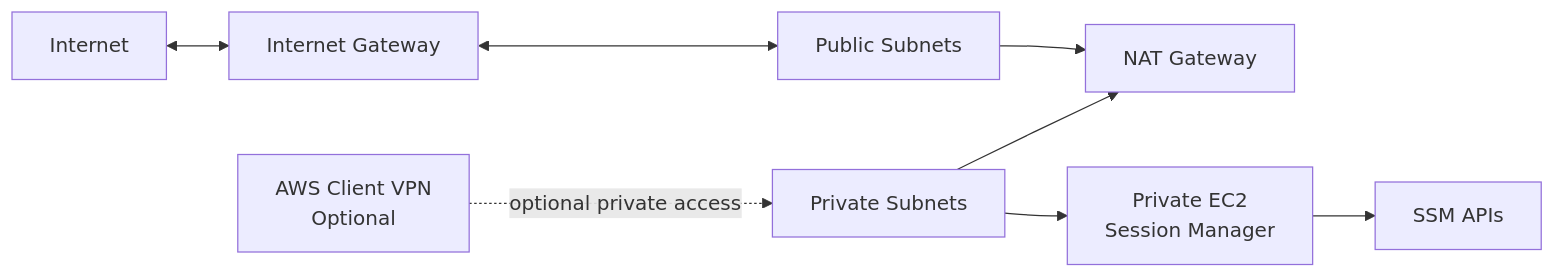
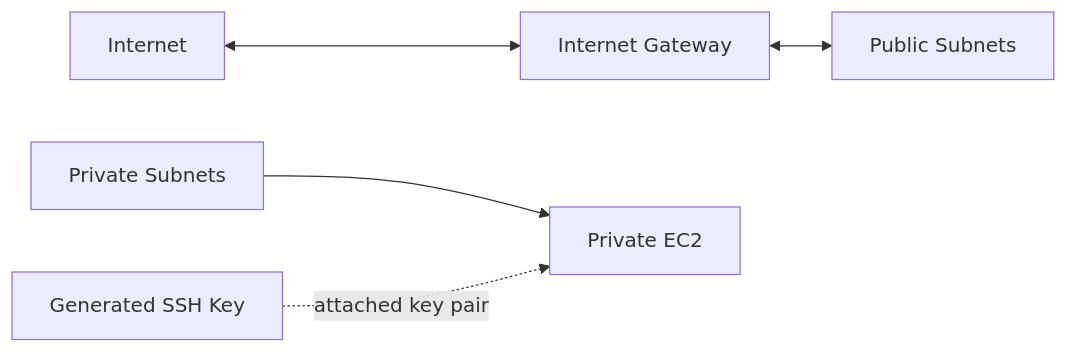
The diagram in terraform/fa01hc/common/01-vpc-network-foundation/README.md (gasbugs/mulcam-aws-cloud-security-terraform), drawn with Mermaid before and after one commit. The commit also changed other lines of this file and 8 other files, not shown here.

````diff
--- a/terraform/fa01hc/common/01-vpc-network-foundation/README.md
+++ b/terraform/fa01hc/common/01-vpc-network-foundation/README.md
@@ -9,19 +9,14 @@
 ```mermaid
 flowchart LR
     INTERNET["Internet"]
     IGW["Internet Gateway"]
     PUB["Public Subnets"]
-    NAT["NAT Gateway"]
     PRIV["Private Subnets"]
-    EC2["Private EC2<br/>Session Manager"]
-    SSM["SSM APIs"]
-    CVPN["AWS Client VPN<br/>Optional"]
+    EC2["Private EC2"]
+    KEY["Generated SSH Key"]
 
     INTERNET <--> IGW
     IGW <--> PUB
-    PUB --> NAT
-    PRIV --> NAT
     PRIV --> EC2
-    EC2 --> SSM
-    CVPN -. "optional private access" .-> PRIV
+    KEY -. "attached key pair" .-> EC2
 ```
````
